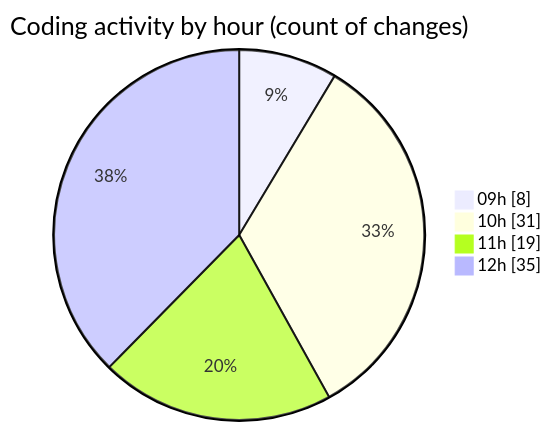
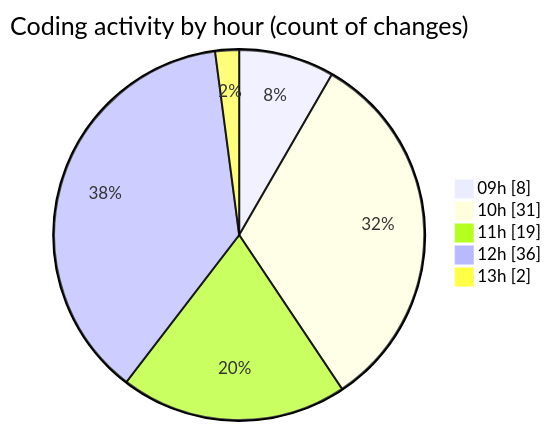
One commit to momahboobian/code-tracking changed the second of 2 diagrams in 2025-06-12/cda/README.md. Above: the diagram before and after it, drawn with Mermaid. The commit also changed other lines of this file and 1 other file, not shown here.

````diff
--- a/2025-06-12/cda/README.md
+++ b/2025-06-12/cda/README.md
@@ -31,8 +31,9 @@
 ```mermaid
 pie showData
 title Coding activity by hour (count of changes)
 "09h" : 8
 "10h" : 31
 "11h" : 19
-"12h" : 35
+"12h" : 36
+"13h" : 2
 ```
````
